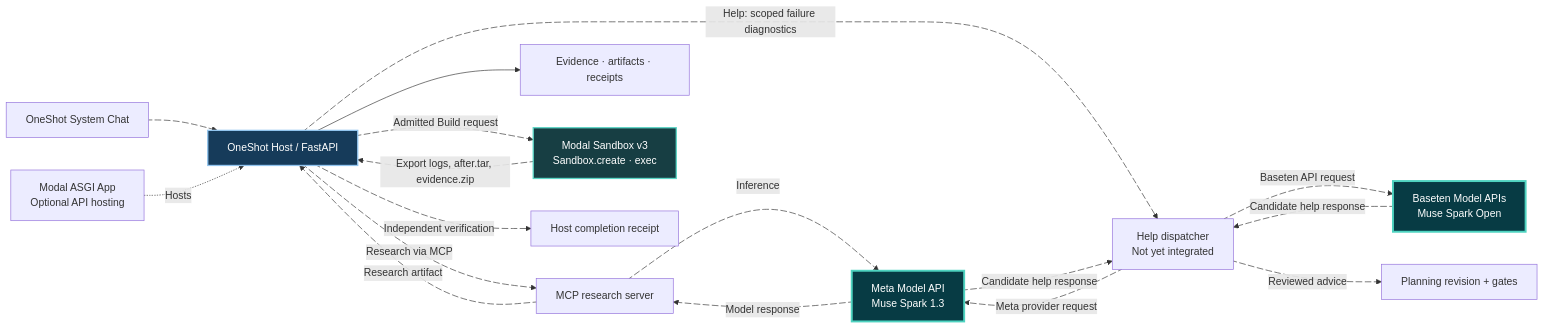
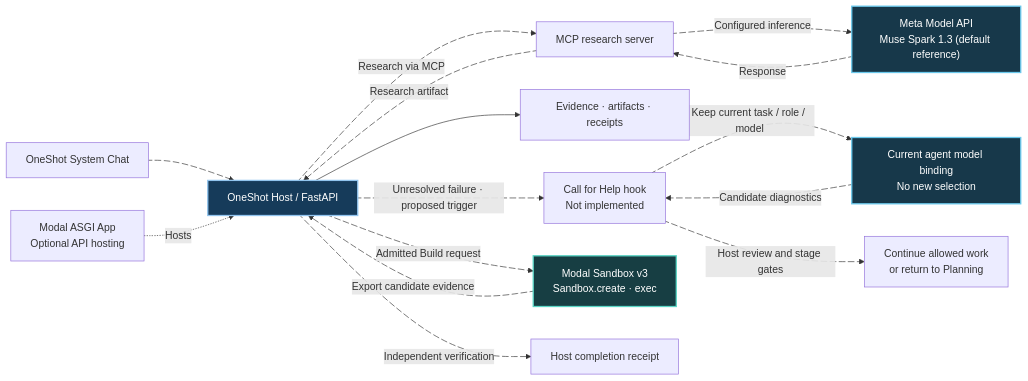
One commit to itz1508/OneShot-Continuing changed the second of 2 diagrams in README.md. Above: the diagram before and after it, drawn with Mermaid. The commit also changed other lines of this file and 2 other files, not shown here.

Commit message:
fix(help): document same-model diagnostic hook and display model metadata only

````diff
--- a/README.md
+++ b/README.md
@@ -109,43 +104,39 @@
 ```mermaid
 flowchart LR
     UI["OneShot System Chat"] a01@--> HOST["OneShot Host / FastAPI"]
     HOST a02@-->|Research via MCP| MCP["MCP research server"]
-    MCP a03@-.->|Inference| META["Meta Model API<br/>Muse Spark 1.3"]
-    META a04@-.->|Model response| MCP
+    MCP a03@-.->|Configured inference| META["Meta Model API<br/>Muse Spark 1.3 (default reference)"]
+    META a04@-.->|Response| MCP
     MCP a05@-->|Research artifact| HOST
     HOST --> STORE["Evidence · artifacts · receipts"]
     APP["Modal ASGI App<br/>Optional API hosting"] -.->|Hosts| HOST
 
-    HOST a06@-.->|Help: scoped failure diagnostics| HELP["Help dispatcher<br/>Not yet integrated"]
-    HELP a07@-.->|Meta provider request| META
-    HELP a08@-.->|Baseten API request| BASE["Baseten Model APIs<br/>Muse Spark Open"]
-    BASE a09@-.->|Candidate help response| HELP
-    META a10@-.->|Candidate help response| HELP
-    HELP a11@-.->|Reviewed advice| PLAN["Planning revision + gates"]
+    HOST a06@-.->|Unresolved failure · proposed trigger| HELP["Call for Help hook<br/>Not implemented"]
+    HELP a07@-.->|Keep current task / role / model| ACTIVE["Current agent model binding<br/>No new selection"]
+    ACTIVE a08@-.->|Candidate diagnostics| HELP
+    HELP a09@-.->|Host review and stage gates| CONT["Continue allowed work<br/>or return to Planning"]
 
-    HOST a12@-.->|Admitted Build request| SANDBOX["Modal Sandbox v3<br/>Sandbox.create · exec"]
-    SANDBOX a13@-.->|Export logs, after.tar, evidence.zip| HOST
-    HOST a14@-.->|Independent verification| DONE["Host completion receipt"]
+    HOST a10@-.->|Admitted Build request| SANDBOX["Modal Sandbox v3<br/>Sandbox.create · exec"]
+    SANDBOX a11@-.->|Export candidate evidence| HOST
+    HOST a12@-.->|Independent verification| DONE["Host completion receipt"]
 
     a01@{ animation: fast }
     a02@{ animation: fast }
     a03@{ animation: fast }
     a04@{ animation: slow }
     a05@{ animation: fast }
     a06@{ animation: fast }
     a07@{ animation: fast }
     a08@{ animation: fast }
     a09@{ animation: fast }
     a10@{ animation: fast }
     a11@{ animation: fast }
-    a12@{ animation: fast }
-    a13@{ animation: fast }
-    a14@{ animation: slow }
+    a12@{ animation: slow }
 
-    classDef model fill:#073b44,stroke:#4ed3c0,color:#fff,stroke-width:3px;
+    classDef info fill:#17384a,stroke:#6ac8ec,color:#fff,stroke-width:2px;
     classDef host fill:#163b5a,stroke:#91c4ee,color:#fff,stroke-width:2px;
     classDef sandbox fill:#173e43,stroke:#5ad5c5,color:#fff,stroke-width:2px;
-    class META,BASE model;
+    class META,ACTIVE info;
     class HOST host;
     class SANDBOX sandbox;
 ```
````
